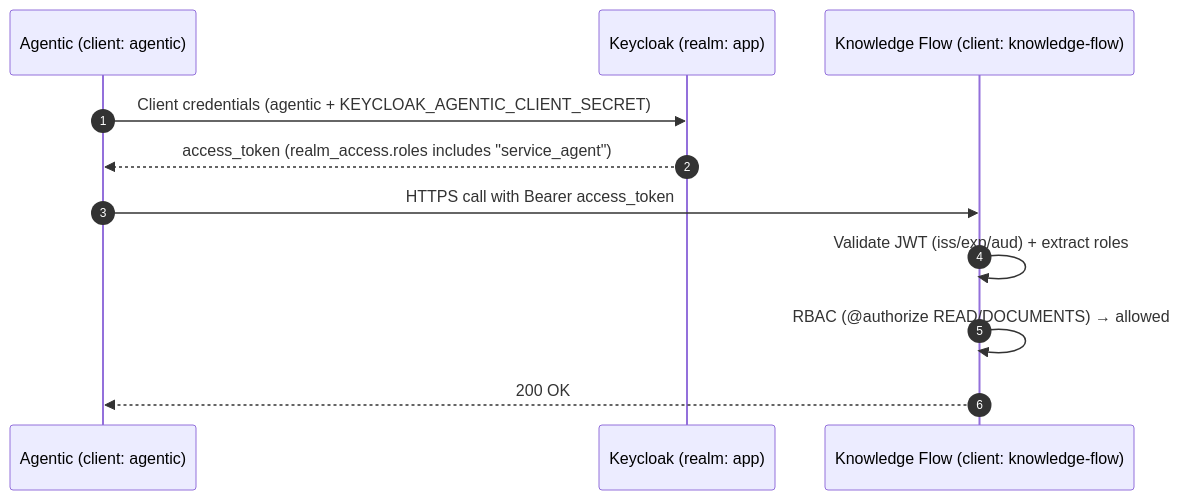
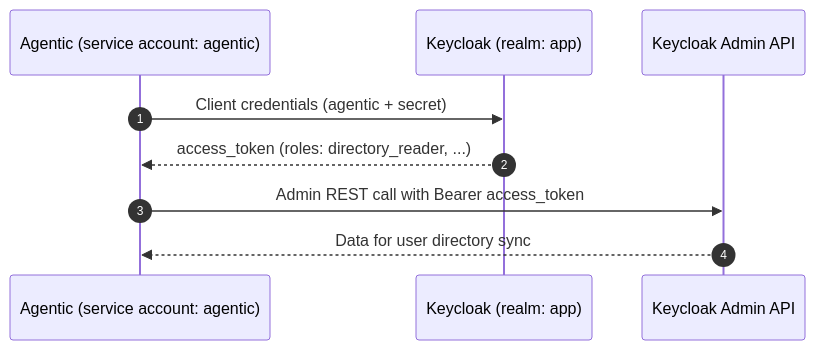
Before and after one commit to ThalesGroup/fred: the second of 2 diagrams in docs/KEYCLOAK.md, drawn with Mermaid. The commit also changed other lines of this file and 86 other files, not shown here.

````diff
--- a/docs/KEYCLOAK.md
+++ b/docs/KEYCLOAK.md
@@ -253,14 +248,12 @@
 ```mermaid
 sequenceDiagram
     autonumber
-    participant AG as Agentic (client: agentic)
+    participant AG as Agentic (service account: agentic)
     participant KC as Keycloak (realm: app)
-    participant KF as Knowledge Flow (client: knowledge-flow)
+    participant ADM as Keycloak Admin API
 
-    AG->>KC: Client credentials (agentic + KEYCLOAK_AGENTIC_CLIENT_SECRET)
-    KC-->>AG: access_token (realm_access.roles includes "service_agent")
-    AG->>KF: HTTPS call with Bearer access_token
-    KF->>KF: Validate JWT (iss/exp/aud) + extract roles
-    KF->>KF: RBAC (@authorize READ/DOCUMENTS) → allowed
-    KF-->>AG: 200 OK
+    AG->>KC: Client credentials (agentic + secret)
+    KC-->>AG: access_token (roles: directory_reader, ...)
+    AG->>ADM: Admin REST call with Bearer access_token
+    ADM-->>AG: Data for user directory sync
 ```
````
